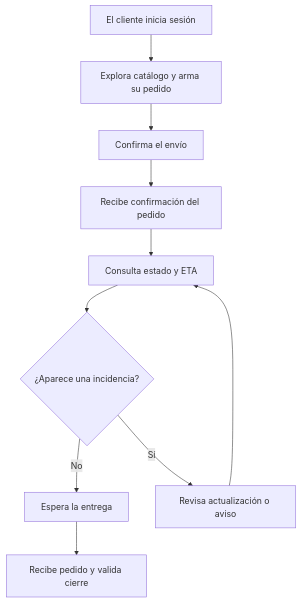
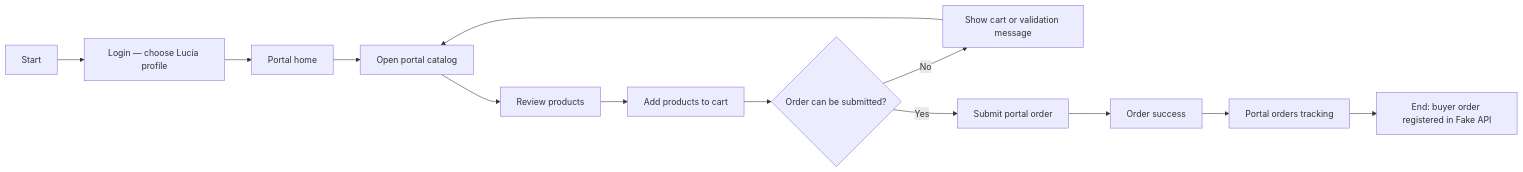
One commit to upc-pre-202610-1asi0730-12242-king/nexa-ecosystem-report changed the fourth of 4 diagrams in report/40-chapter-4-product-design/4-4-web-applications-ux-ui-design.md. Above: the diagram before and after it, drawn with Mermaid. The commit also changed other lines of this file and 27 other files, not shown here.

````diff
--- a/report/40-chapter-4-product-design/4-4-web-applications-ux-ui-design.md
+++ b/report/40-chapter-4-product-design/4-4-web-applications-ux-ui-design.md
@@ -359,12 +250,15 @@
 ```mermaid
-flowchart TD
-    A["El cliente inicia sesión"] --> B["Explora catálogo y arma su pedido"]
-    B --> C["Confirma el envío"]
-    C --> D["Recibe confirmación del pedido"]
-    D --> E["Consulta estado y ETA"]
-    E --> F{"¿Aparece una incidencia?"}
-    F -->|No| G["Espera la entrega"]
-    F -->|Sí| H["Revisa actualización o aviso"]
-    H --> E
-    G --> I["Recibe pedido y valida cierre"]
+flowchart LR
+    A["Start"] --> B["Login — choose Lucía profile"]
+    B --> C["Portal home"]
+    C --> D["Open portal catalog"]
+    D --> E["Review products"]
+    E --> F["Add products to cart"]
+    F --> G{"Order can be submitted?"}
+    G -- "No" --> H["Show cart or validation message"]
+    H --> D
+    G -- "Yes" --> I["Submit portal order"]
+    I --> J["Order success"]
+    J --> K["Portal orders tracking"]
+    K --> L["End: buyer order registered in Fake API"]
 ```
````
